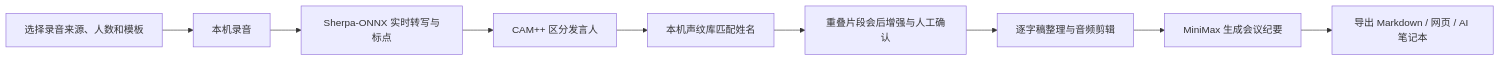
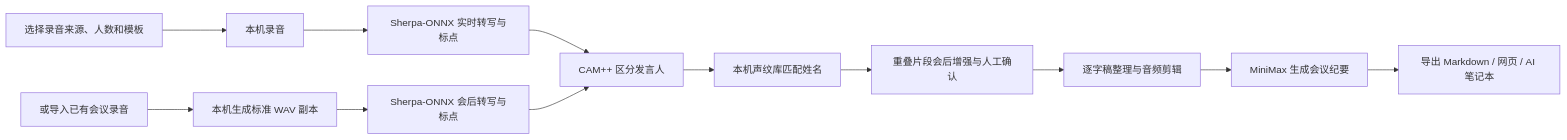
The diagram in README.md (jizw0704-source/shiyin-ai-meeting-notes), drawn with Mermaid before and after one commit. The commit also changed other lines of this file and 16 other files, not shown here.

````diff
--- a/README.md
+++ b/README.md
@@ -41,11 +42,14 @@
 ```mermaid
 flowchart LR
     A["选择录音来源、人数和模板"] --> B["本机录音"]
+    A2["或导入已有会议录音"] --> B2["本机生成标准 WAV 副本"]
     B --> C["Sherpa-ONNX 实时转写与标点"]
+    B2 --> C2["Sherpa-ONNX 会后转写与标点"]
     C --> D["CAM++ 区分发言人"]
+    C2 --> D
     D --> E["本机声纹库匹配姓名"]
     E --> F["重叠片段会后增强与人工确认"]
     F --> I["逐字稿整理与音频剪辑"]
     I --> G["MiniMax 生成会议纪要"]
     G --> H["导出 Markdown / 网页 / AI 笔记本"]
 ```
````
